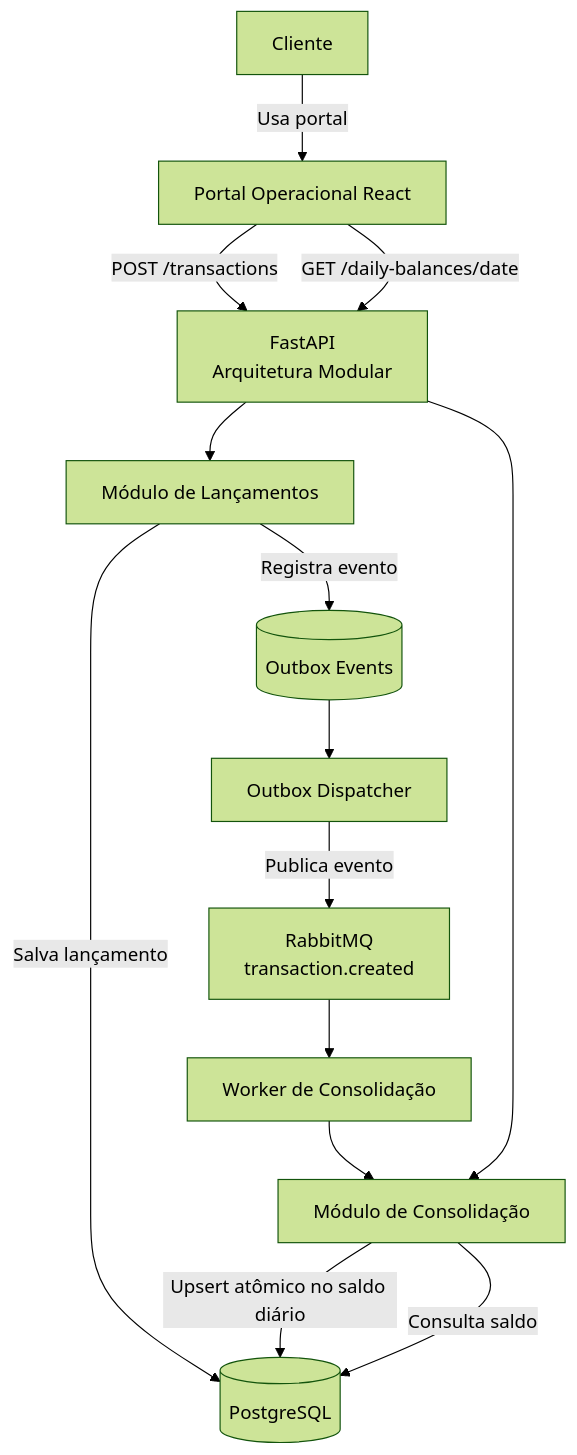
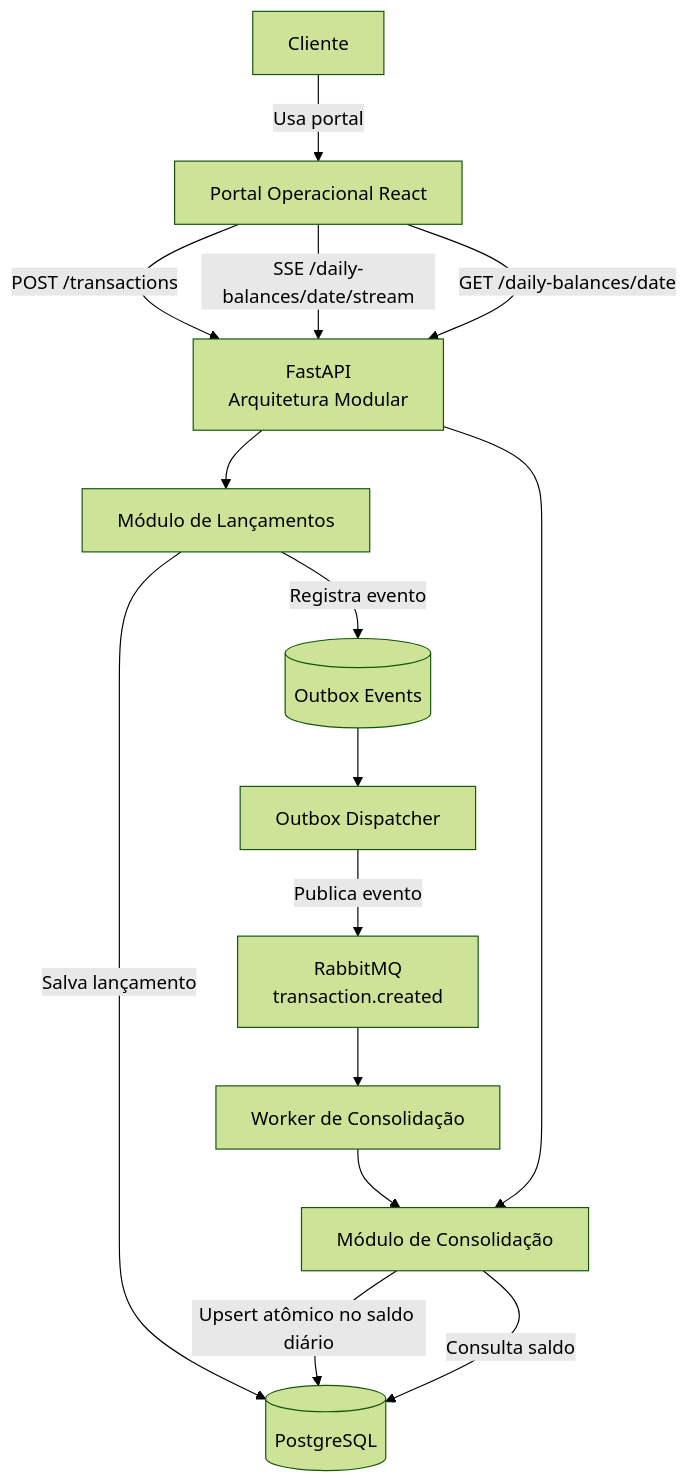
One commit to evosoftwares/cashflow-challenge-Gabriel changed the diagram in README.md. Above: the diagram before and after it, drawn with Mermaid (forest theme). The commit also changed other lines of this file and 11 other files, not shown here.

````diff
--- a/README.md
+++ b/README.md
@@ -19,26 +19,27 @@
 ```mermaid
 flowchart TD
     CLIENT[Cliente]
     UI[Portal Operacional React]
     API[FastAPI<br/>Arquitetura Modular]
     TX[Módulo de Lançamentos]
     OUTBOX[(Outbox Events)]
     DISPATCHER[Outbox Dispatcher]
     DB[(PostgreSQL)]
     MQ[RabbitMQ<br/>transaction.created]
     WORKER[Worker de Consolidação]
     BAL[Módulo de Consolidação]
     CLIENT -->|Usa portal| UI
     UI -->|POST /transactions| API
+    UI -->|SSE /daily-balances/date/stream| API
     API --> TX
     TX -->|Salva lançamento| DB
     TX -->|Registra evento| OUTBOX
     OUTBOX --> DISPATCHER
     DISPATCHER -->|Publica evento| MQ
     MQ --> WORKER
     WORKER --> BAL
     BAL -->|Upsert atômico no saldo diário| DB
     UI -->|GET /daily-balances/date| API
     API --> BAL
     BAL -->|Consulta saldo| DB
 ```
````
